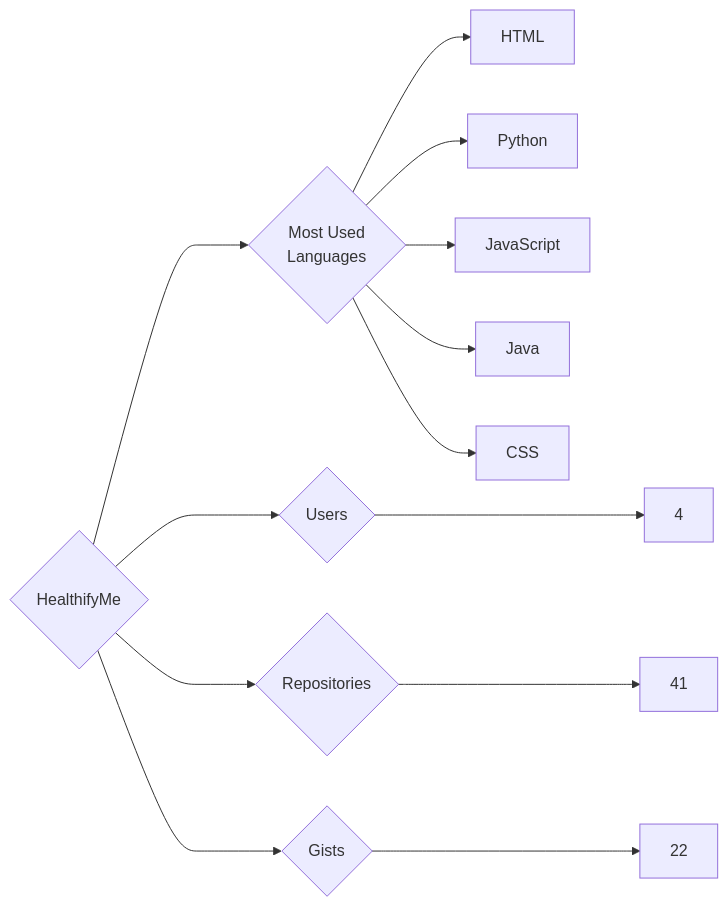
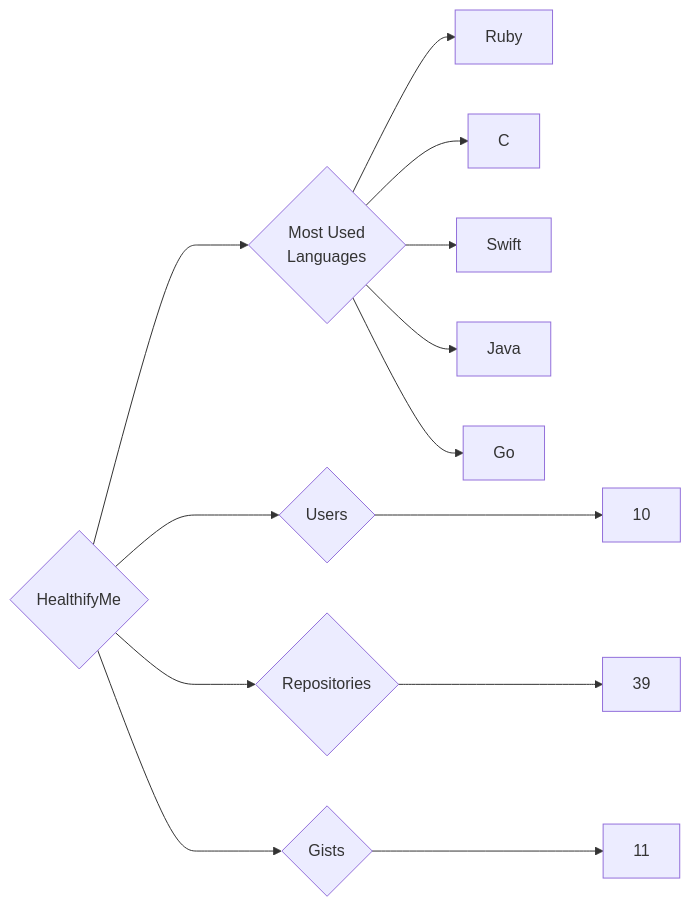
One commit to trickest/insiders changed the diagram in targets/HealthifyMe/README.md. Above: the diagram before and after it, drawn with Mermaid. The commit also changed 1175 other files, not shown here.

````diff
--- a/targets/HealthifyMe/README.md
+++ b/targets/HealthifyMe/README.md
@@ -3,13 +3,13 @@
 ```mermaid
 graph LR
 COMPANY_NAME{HealthifyMe}
-COMPANY_NAME ---> U{Users} ---> UN[4]
-COMPANY_NAME ---> R{Repositories} ---> RN[41]
-COMPANY_NAME ---> G{Gists} ---> GN[22]
+COMPANY_NAME ---> U{Users} ---> UN[10]
+COMPANY_NAME ---> R{Repositories} ---> RN[39]
+COMPANY_NAME ---> G{Gists} ---> GN[11]
 COMPANY_NAME ---> ML{Most Used<br>Languages}
-ML --> HTML[HTML]
-ML --> Python[Python]
-ML --> JavaScript[JavaScript]
+ML --> Ruby[Ruby]
+ML --> C[C]
+ML --> Swift[Swift]
 ML --> Java[Java]
-ML --> CSS[CSS]
+ML --> Go[Go]
 ```
````
